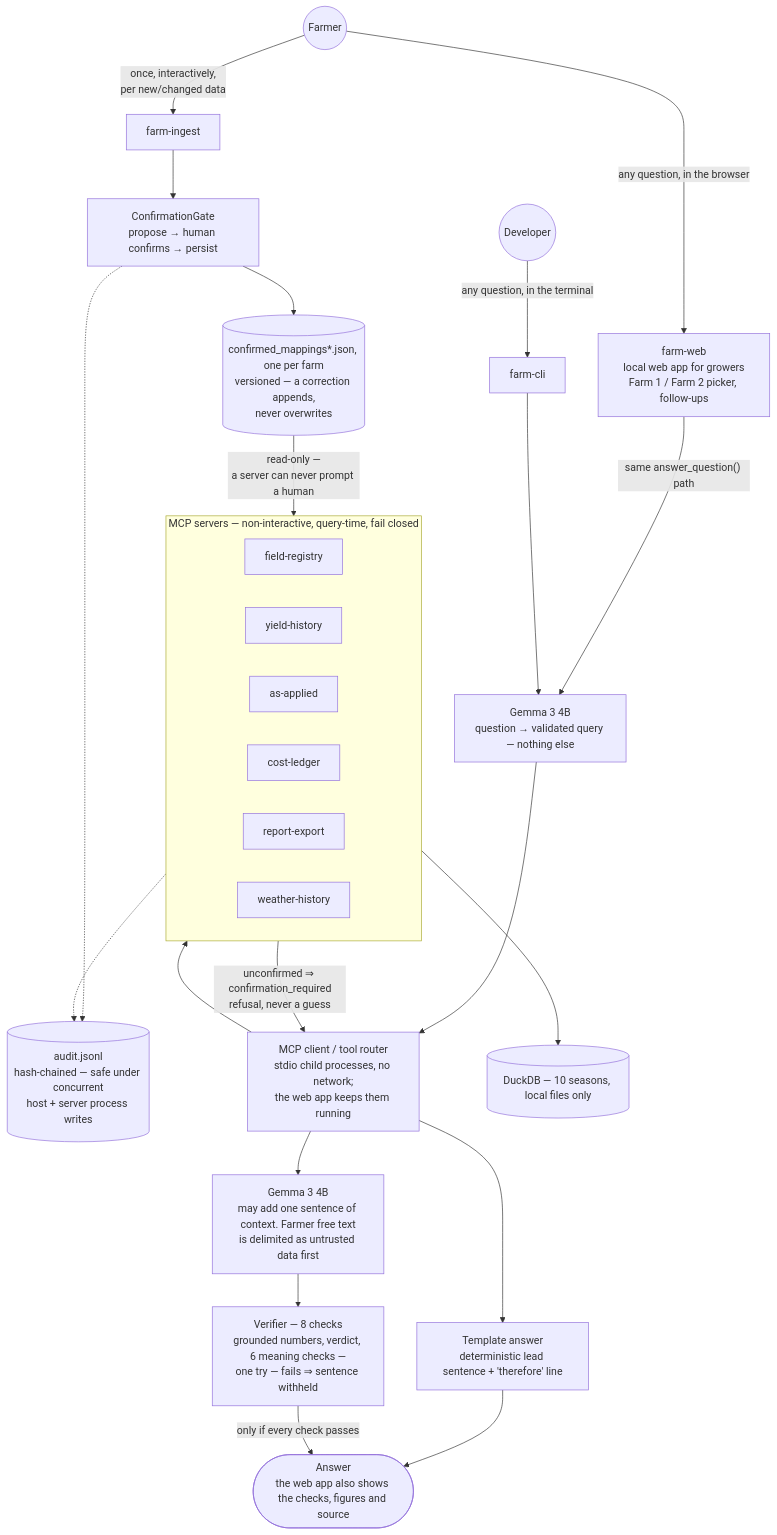
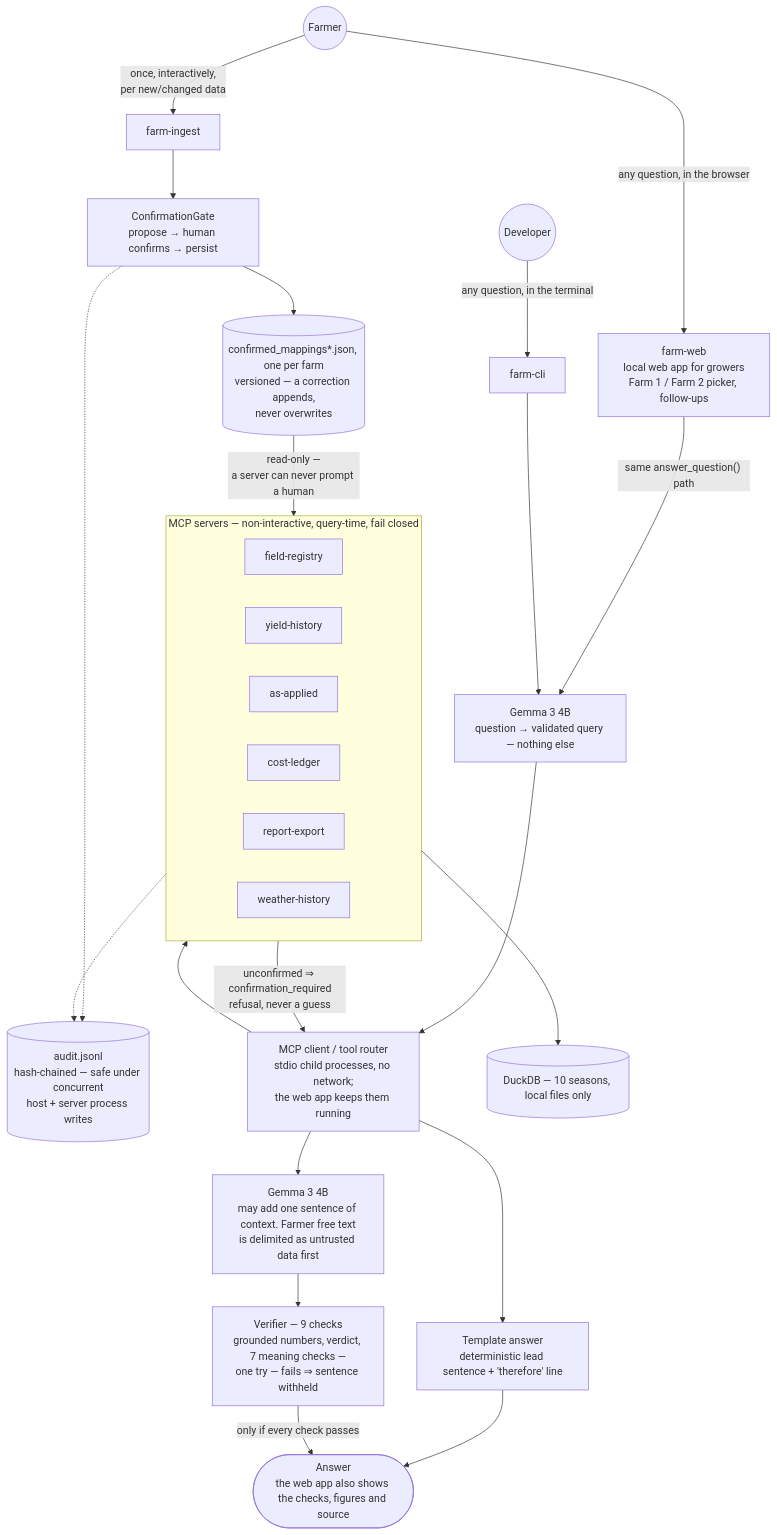
Before and after one commit to lynnlangit/precision-farm-mcp: the first of 2 diagrams in docs/ARCHITECTURE.md, drawn with Mermaid. The commit also changed other lines of this file and 15 other files, not shown here.

````diff
--- a/docs/ARCHITECTURE.md
+++ b/docs/ARCHITECTURE.md
@@ -6,37 +6,37 @@
 ```mermaid
 flowchart TD
     Farmer(("Farmer"))
 
     Farmer -->|"once, interactively,<br/>per new/changed data"| Ingest["farm-ingest"]
     Farmer -->|"any question, in the browser"| Web["farm-web<br/>local web app for growers<br/>Farm 1 / Farm 2 picker, follow-ups"]
     Dev(("Developer")) -->|"any question, in the terminal"| CLI["farm-cli"]
 
     Ingest --> Gate["ConfirmationGate<br/>propose → human confirms → persist"]
     Gate --> Store[("confirmed_mappings*.json, one per farm<br/>versioned — a correction appends,<br/>never overwrites")]
     Gate -.-> Audit
 
     Web -->|"same answer_question() path"| Parser
     CLI --> Parser["Gemma 3 4B<br/>question → validated query — nothing else"]
     Parser --> Router["MCP client / tool router<br/>stdio child processes, no network;<br/>the web app keeps them running"]
 
     subgraph Servers["MCP servers — non-interactive, query-time, fail closed"]
         FR["field-registry"]
         YH["yield-history"]
         AA["as-applied"]
         CL2["cost-ledger"]
         RE["report-export"]
         WH["weather-history"]
     end
 
     Router --> Servers
     Store -->|"read-only —<br/>a server can never prompt a human"| Servers
     Servers -->|"unconfirmed ⇒ confirmation_required<br/>refusal, never a guess"| Router
     Servers --> DB[("DuckDB — 10 seasons, local files only")]
     Servers -.-> Audit[("audit.jsonl<br/>hash-chained — safe under concurrent<br/>host + server process writes")]
 
     Router --> Template["Template answer<br/>deterministic lead sentence + 'therefore' line"]
     Router --> Narrator["Gemma 3 4B<br/>may add one sentence of context. Farmer free text<br/>is delimited as untrusted data first"]
-    Narrator --> Checks["Verifier — 8 checks<br/>grounded numbers, verdict, 6 meaning checks —<br/>one try — fails ⇒ sentence withheld"]
+    Narrator --> Checks["Verifier — 9 checks<br/>grounded numbers, verdict, 7 meaning checks —<br/>one try — fails ⇒ sentence withheld"]
     Template --> Answer(["Answer<br/>the web app also shows the checks, figures and source"])
     Checks -->|"only if every check passes"| Answer
 ```
````
